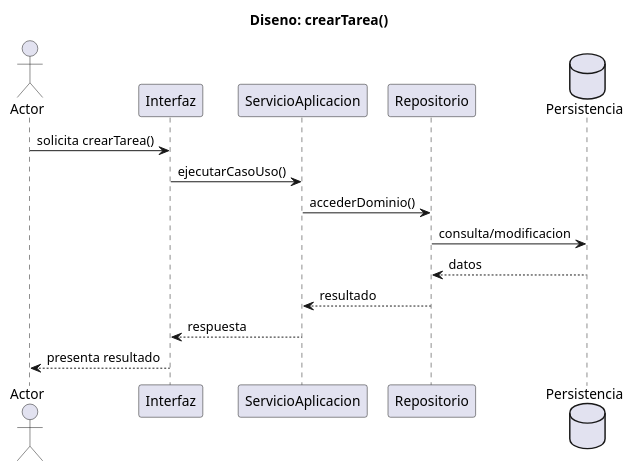
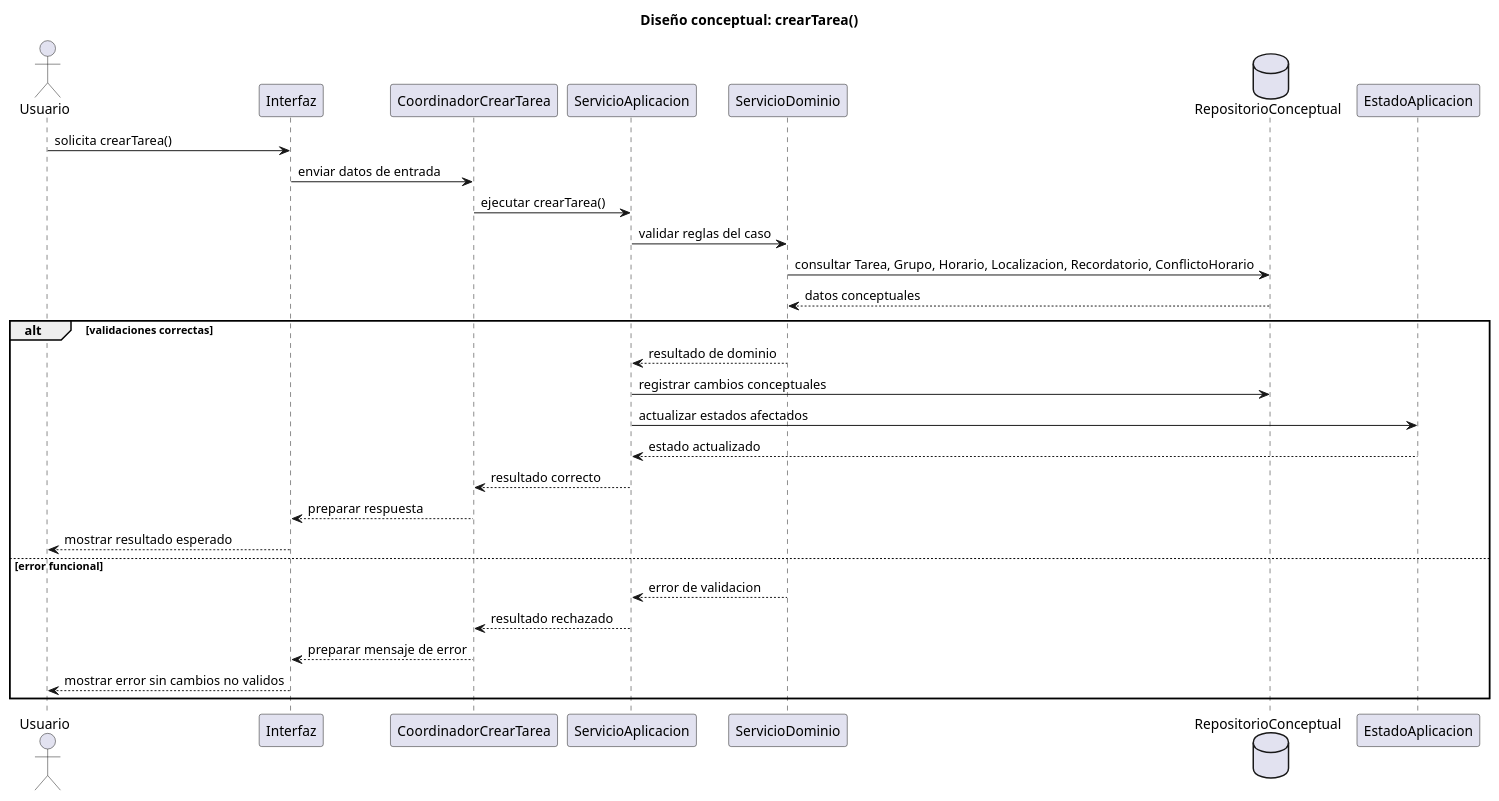
Before and after one commit to inigovaqueroo04/25-26-idsw2-sdVC: the diagram in documents/RUP/02-diseño/casos-uso/gestion-tareas/crearTarea/secuencia.puml, drawn with PlantUML. The commit also changed 55 other files, not shown here.

Commit message:
docs: completar diseño RUP conceptual

```diff
--- a/documents/RUP/02-diseño/casos-uso/gestion-tareas/crearTarea/secuencia.puml
+++ b/documents/RUP/02-diseño/casos-uso/gestion-tareas/crearTarea/secuencia.puml
@@ -1,19 +1,34 @@
 @startuml crearTarea-diseno-secuencia
-actor "Actor" as Actor
-participant "Interfaz" as UI
-participant "ServicioAplicacion" as Servicio
-participant "Repositorio" as Repositorio
-database "Persistencia" as BD
+title Diseño conceptual: crearTarea()
 
-title Diseno: crearTarea()
+actor "Usuario" as Usuario
+participant "Interfaz" as Interfaz
+participant "CoordinadorCrearTarea" as Coordinador
+participant "ServicioAplicacion" as ServicioAplicacion
+participant "ServicioDominio" as ServicioDominio
+database "RepositorioConceptual" as Repositorio
+participant "EstadoAplicacion" as EstadoAplicacion
 
-Actor -> UI : solicita crearTarea()
-UI -> Servicio : ejecutarCasoUso()
-Servicio -> Repositorio : accederDominio()
-Repositorio -> BD : consulta/modificacion
-BD --> Repositorio : datos
-Repositorio --> Servicio : resultado
-Servicio --> UI : respuesta
-UI --> Actor : presenta resultado
+Usuario -> Interfaz : solicita crearTarea()
+Interfaz -> Coordinador : enviar datos de entrada
+Coordinador -> ServicioAplicacion : ejecutar crearTarea()
+ServicioAplicacion -> ServicioDominio : validar reglas del caso
+ServicioDominio -> Repositorio : consultar Tarea, Grupo, Horario, Localizacion, Recordatorio, ConflictoHorario
+Repositorio --> ServicioDominio : datos conceptuales
+
+alt validaciones correctas
+  ServicioDominio --> ServicioAplicacion : resultado de dominio
+  ServicioAplicacion -> Repositorio : registrar cambios conceptuales
+  ServicioAplicacion -> EstadoAplicacion : actualizar estados afectados
+  EstadoAplicacion --> ServicioAplicacion : estado actualizado
+  ServicioAplicacion --> Coordinador : resultado correcto
+  Coordinador --> Interfaz : preparar respuesta
+  Interfaz --> Usuario : mostrar resultado esperado
+else error funcional
+  ServicioDominio --> ServicioAplicacion : error de validacion
+  ServicioAplicacion --> Coordinador : resultado rechazado
+  Coordinador --> Interfaz : preparar mensaje de error
+  Interfaz --> Usuario : mostrar error sin cambios no validos
+end
 
 @enduml
```
